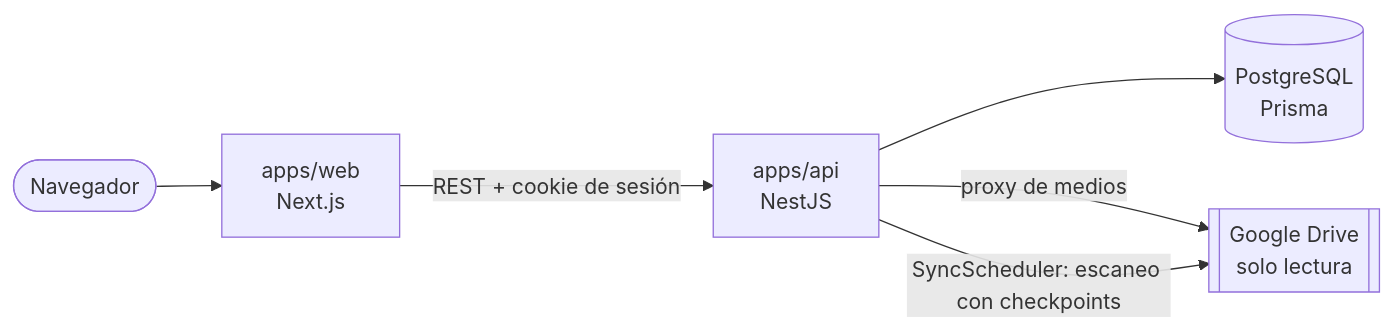
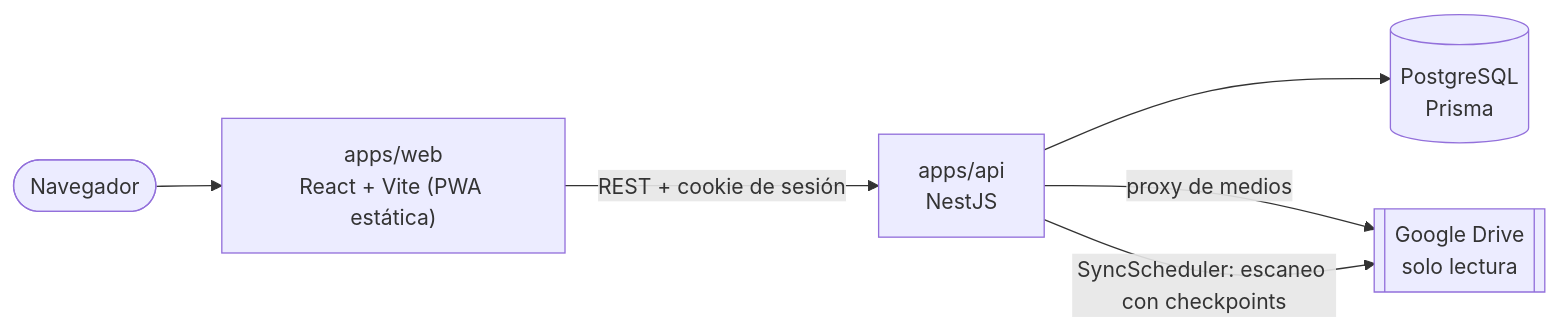
One commit to aadolfo8/linea-de-vida changed the diagram in README.md. Above: the diagram before and after it, drawn with Mermaid. The commit also changed other lines of this file and 8 other files, not shown here.

First line of the commit message:
docs: describe the static web build and the PWA

````diff
--- a/README.md
+++ b/README.md
@@ -139,8 +139,8 @@
 ```mermaid
 flowchart LR
-    U([Navegador]) --> W["apps/web<br/>Next.js"]
+    U([Navegador]) --> W["apps/web<br/>React + Vite (PWA estática)"]
     W -- "REST + cookie de sesión" --> A["apps/api<br/>NestJS"]
     A --> P[("PostgreSQL<br/>Prisma")]
     A -- "proxy de medios" --> G[["Google Drive<br/>solo lectura"]]
     A -- "SyncScheduler: escaneo con checkpoints" --> G
 ```
````
